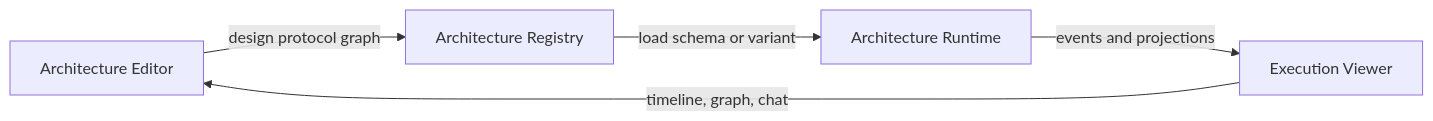
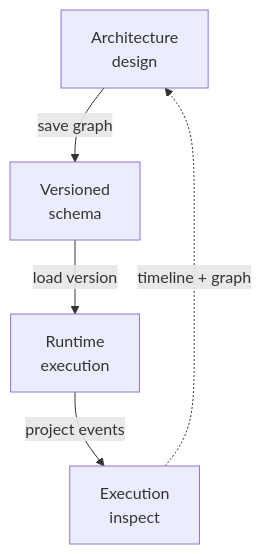
The first of 3 diagrams in README.md (Radomiej/kalio-forever), drawn with Mermaid before and after one commit. The commit also changed other lines of this file and 492 other files, not shown here.

````diff
--- a/README.md
+++ b/README.md
@@ -25,12 +46,12 @@
-```mermaid
-flowchart LR
-  Editor["Architecture Editor"]
-  Registry["Architecture Registry"]
-  Runtime["Architecture Runtime"]
-  Viewer["Execution Viewer"]
+~~~mermaid
+flowchart TB
+  Design["Architecture<br/>design"]
+  Registry["Versioned<br/>schema"]
+  Runtime["Runtime<br/>execution"]
+  Inspect["Execution<br/>inspect"]
 
-  Editor -->|design protocol graph| Registry
-  Registry -->|load schema or variant| Runtime
-  Runtime -->|events and projections| Viewer
-  Viewer -->|timeline, graph, chat| Editor
-```
+  Design -->|save graph| Registry
+  Registry -->|load version| Runtime
+  Runtime -->|project events| Inspect
+  Inspect -.->|timeline + graph| Design
+~~~
````
